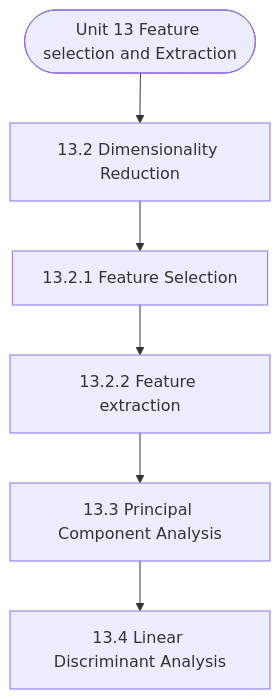
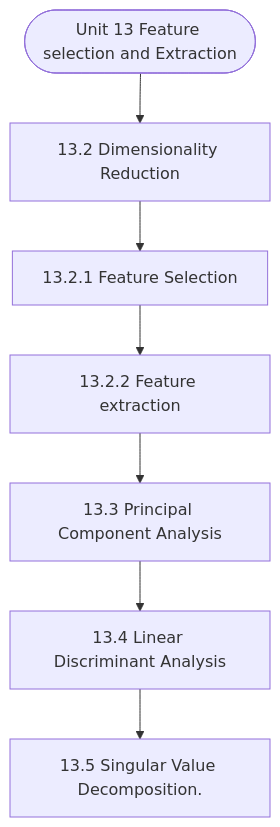
Before and after one commit to Asutosh-Coaching/mscdsa: the diagram in notes/Semester_2/MCS-224_Artificial_Intelligence_&_Machine_Learning/unit_13_Feature_selection_and_Extraction.md, drawn with Mermaid. The commit also changed other lines of this file and 116 other files, not shown here.

````diff
--- a/notes/Semester_2/MCS-224_Artificial_Intelligence_&_Machine_Learning/unit_13_Feature_selection_and_Extraction.md
+++ b/notes/Semester_2/MCS-224_Artificial_Intelligence_&_Machine_Learning/unit_13_Feature_selection_and_Extraction.md
@@ -19,14 +19,16 @@
 ```mermaid
 flowchart TD
   Start(["Unit 13 Feature selection and Extraction"])
   N1["13.2 Dimensionality Reduction"]
   N2["13.2.1 Feature Selection"]
   N3["13.2.2 Feature extraction"]
   N4["13.3 Principal Component Analysis"]
   N5["13.4 Linear Discriminant Analysis"]
+  N6["13.5 Singular Value Decomposition."]
   Start --> N1
   N1 --> N2
   N2 --> N3
   N3 --> N4
   N4 --> N5
+  N5 --> N6
 ```
````
